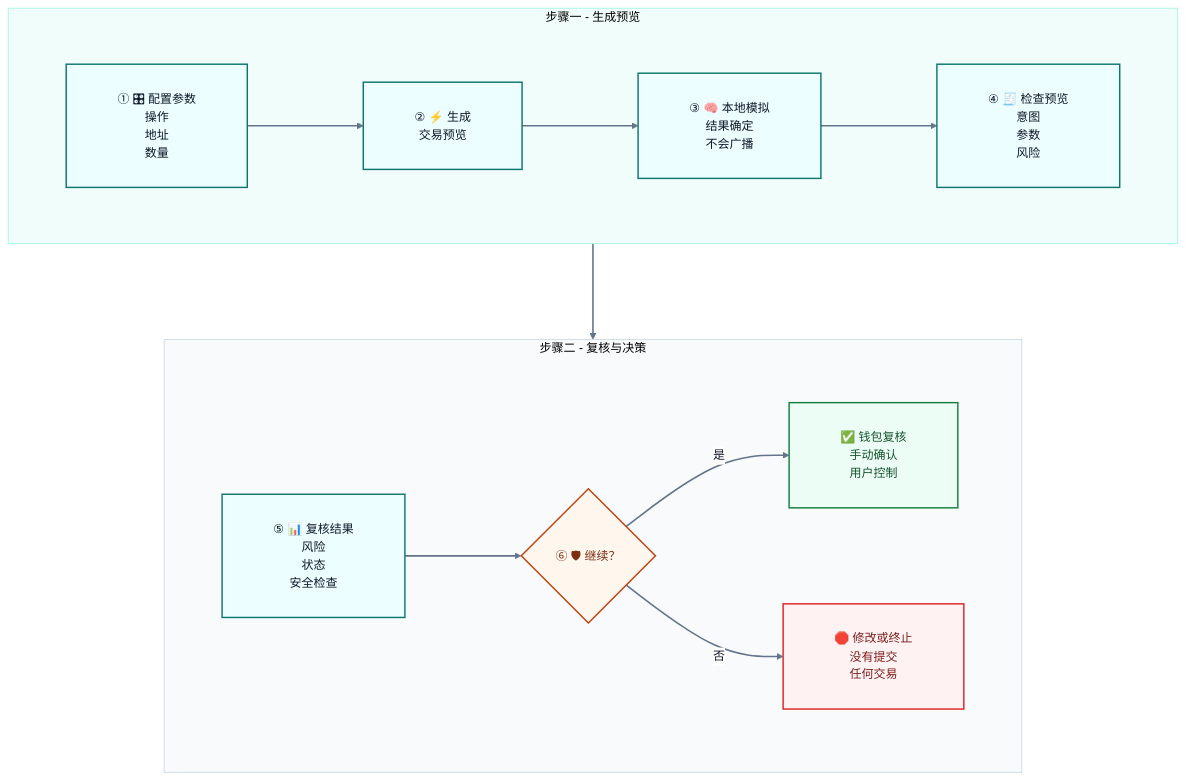
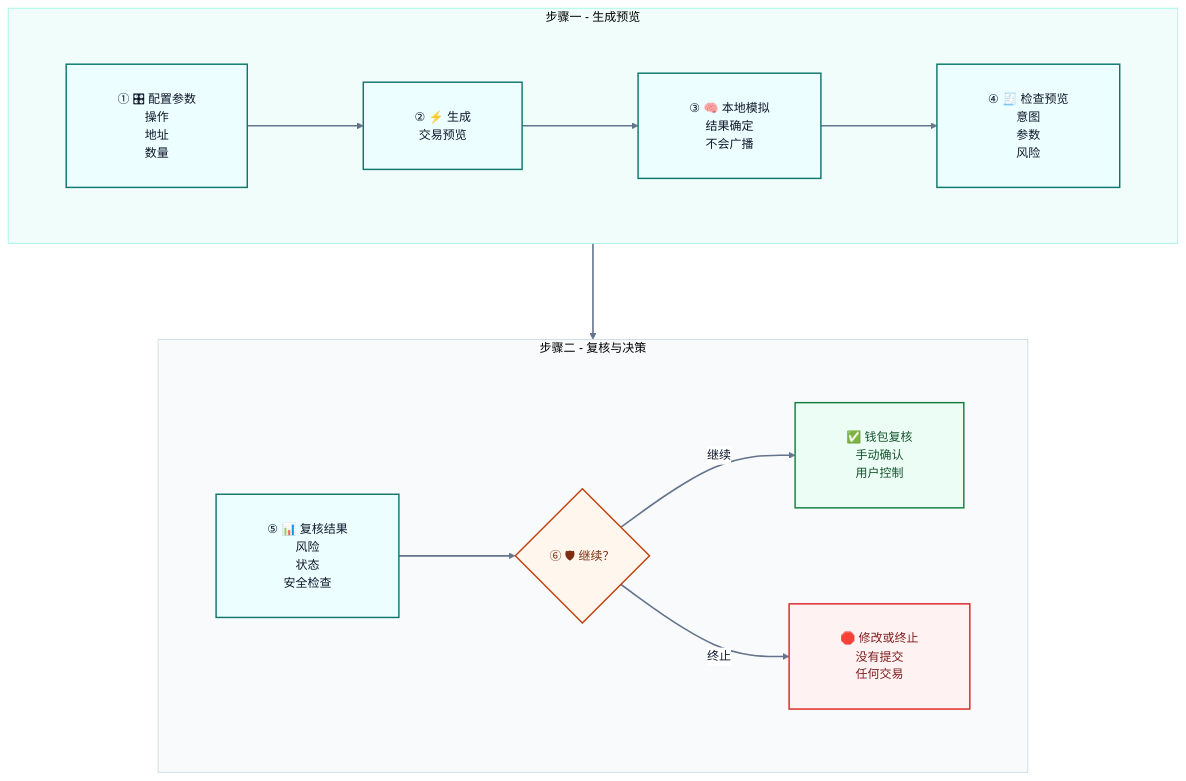
The fifth of 8 diagrams in README.md (sunshineluyao/Moss-Mcp-Transaction), drawn with Mermaid before and after one commit. The commit also changed other lines of this file, not shown here.

Commit message:
docs: add Mermaid anti-clipping guidance (EN/ZH)

````diff
--- a/README.md
+++ b/README.md
@@ -542,32 +546,32 @@
 ```mermaid
 %%{init: {'theme':'base','flowchart': {'htmlLabels': true, 'nodeSpacing': 120, 'rankSpacing': 120, 'curve': 'basis', 'padding': 32, 'diagramPadding': 24, 'wrappingWidth': 260},'themeVariables': {'fontFamily':'Inter, Segoe UI, sans-serif','fontSize':'15px','primaryTextColor':'#0f172a','lineColor':'#64748b','clusterBkg':'#f8fafc','clusterBorder':'#cbd5e1','edgeLabelBackground':'#ffffff','primaryBorderColor':'#2563eb','primaryColor':'#eff6ff'}}}%%
 flowchart TB
   subgraph R1[步骤一 - 生成预览]
     direction LR
     A["① 🎛 配置参数<br/>操作<br/>地址<br/>数量"] --> B["② ⚡ 生成<br/>交易预览"]
     B --> C["③ 🧠 本地模拟<br/>结果确定<br/>不会广播"]
     C --> D["④ 🧾 检查预览<br/>意图<br/>参数<br/>风险"]
   end
 
   subgraph R2[步骤二 - 复核与决策]
     direction LR
     E["⑤ 📊 复核结果<br/>风险<br/>状态<br/>安全检查"] --> F{"⑥ 🛡 继续？"}
-    F -->|是| G["✅ 钱包复核<br/>手动确认<br/>用户控制"]
-    F -->|否| H["🛑 修改或终止<br/>没有提交<br/>任何交易"]
+    F -->|继续| G["✅ 钱包复核<br/>手动确认<br/>用户控制"]
+    F -->|终止| H["🛑 修改或终止<br/>没有提交<br/>任何交易"]
   end
 
   D --> E
 
   classDef main fill:#ecfeff,stroke:#0f766e,stroke-width:1.8px,color:#0f172a;
   classDef decision fill:#fff7ed,stroke:#c2410c,stroke-width:1.8px,color:#7c2d12;
   classDef success fill:#ecfdf5,stroke:#15803d,stroke-width:1.8px,color:#14532d;
   classDef stop fill:#fef2f2,stroke:#dc2626,stroke-width:1.8px,color:#7f1d1d;
 
   class A,B,C,D,E main;
   class F decision;
   class G success;
   class H stop;
   style R1 fill:#f0fdfa,stroke:#99f6e4,stroke-width:1px
   style R2 fill:#f8fafc,stroke:#cbd5e1,stroke-width:1px
   linkStyle default stroke:#64748b,stroke-width:2px;
 ```
````
